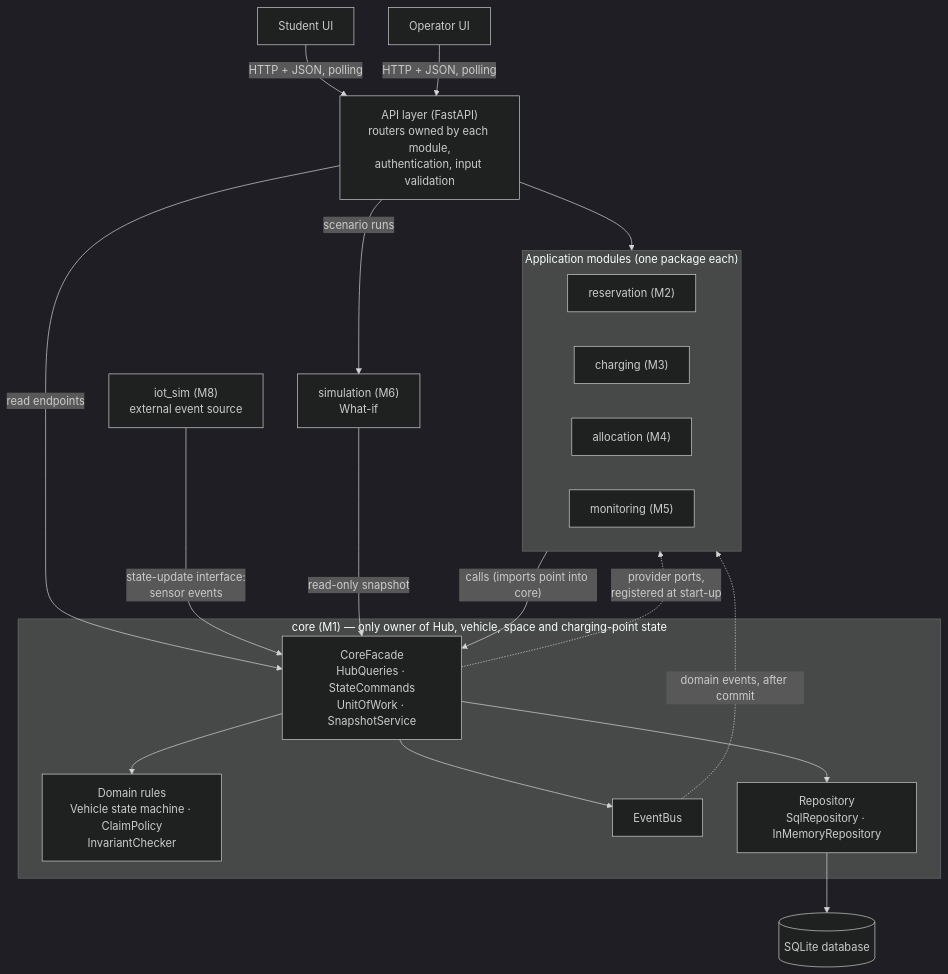
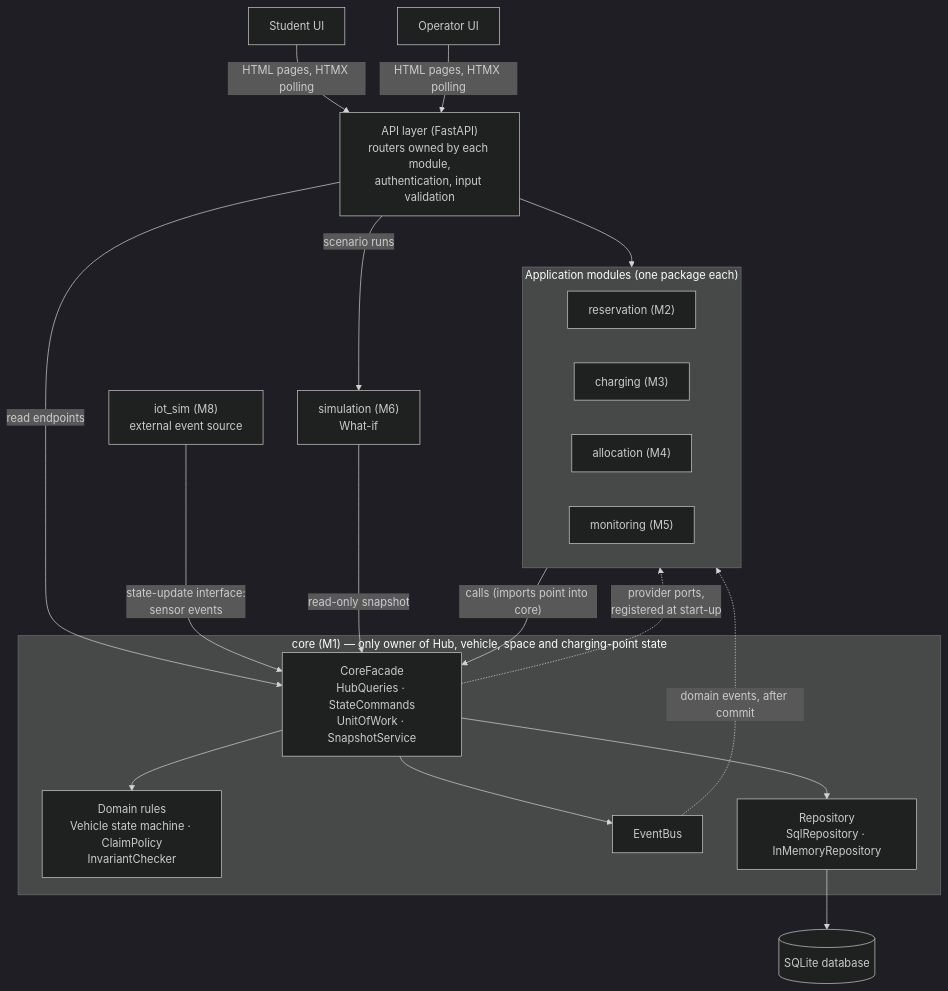
The first of 4 diagrams in docs/design/architecture/architecture-diagram.md (MabC06/smart-e-mobility-hub), drawn with Mermaid (dark theme) before and after one commit. The commit also changed other lines of this file and 2 other files, not shown here.

````diff
--- a/docs/design/architecture/architecture-diagram.md
+++ b/docs/design/architecture/architecture-diagram.md
@@ -13,38 +13,38 @@
 ```mermaid
 flowchart TB
     UIS["Student UI"]
     UIO["Operator UI"]
     API["API layer (FastAPI)<br/>routers owned by each module,<br/>authentication, input validation"]
 
     subgraph APP["Application modules (one package each)"]
         RES["reservation (M2)"]
         CHG["charging (M3)"]
         ALC["allocation (M4)"]
         MON["monitoring (M5)"]
     end
     SIM["simulation (M6)<br/>What-if"]
     IOT["iot_sim (M8)<br/>external event source"]
 
     subgraph CORE["core (M1) — only owner of Hub, vehicle, space and charging-point state"]
         FAC["CoreFacade<br/>HubQueries · StateCommands<br/>UnitOfWork · SnapshotService"]
         DOM["Domain rules<br/>Vehicle state machine · ClaimPolicy<br/>InvariantChecker"]
         BUS["EventBus"]
         REPO["Repository<br/>SqlRepository · InMemoryRepository"]
     end
     DB[("SQLite database")]
 
-    UIS -->|"HTTP + JSON, polling"| API
-    UIO -->|"HTTP + JSON, polling"| API
+    UIS -->|"HTML pages, HTMX polling"| API
+    UIO -->|"HTML pages, HTMX polling"| API
     API --> APP
     API -->|"read endpoints"| FAC
     API -->|"scenario runs"| SIM
     APP -->|"calls (imports point into core)"| FAC
     IOT -->|"state-update interface:<br/>sensor events"| FAC
     SIM -->|"read-only snapshot"| FAC
     FAC --> DOM
     FAC --> REPO
     FAC --> BUS
     REPO --> DB
     BUS -.->|"domain events, after commit"| APP
     FAC -.->|"provider ports,<br/>registered at start-up"| APP
 ```
````
